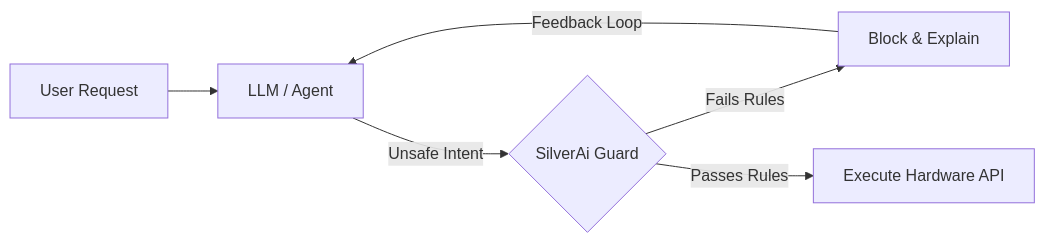
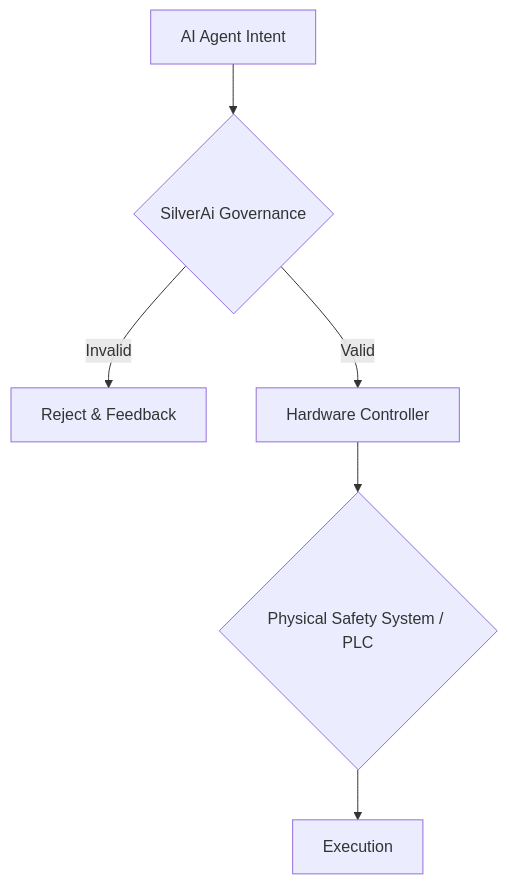
The first of 2 diagrams in README.md (gcl-team/SilverAi), drawn with Mermaid before and after one commit. The commit also changed other lines of this file, not shown here.

Commit message:
Update README to clarify SilverAi's purpose and features

````diff
--- a/README.md
+++ b/README.md
@@ -85,8 +84,8 @@
 ```mermaid
-graph LR
-    A[User Request] --> B[LLM / Agent]
-    B -->|Unsafe Intent| C{SilverAi Guard}
-    C -- Fails Rules --> D[Block & Explain]
-    D -->|Feedback Loop| B
-    C -- Passes Rules --> E[Execute Hardware API]
+graph TD
+    A[AI Agent Intent] --> B{SilverAi Governance}
+    B -- Invalid --> C[Reject & Feedback]
+    B -- Valid --> D[Hardware Controller]
+    D --> E{Physical Safety System / PLC}
+    E --> F[Execution]
 ```
````
